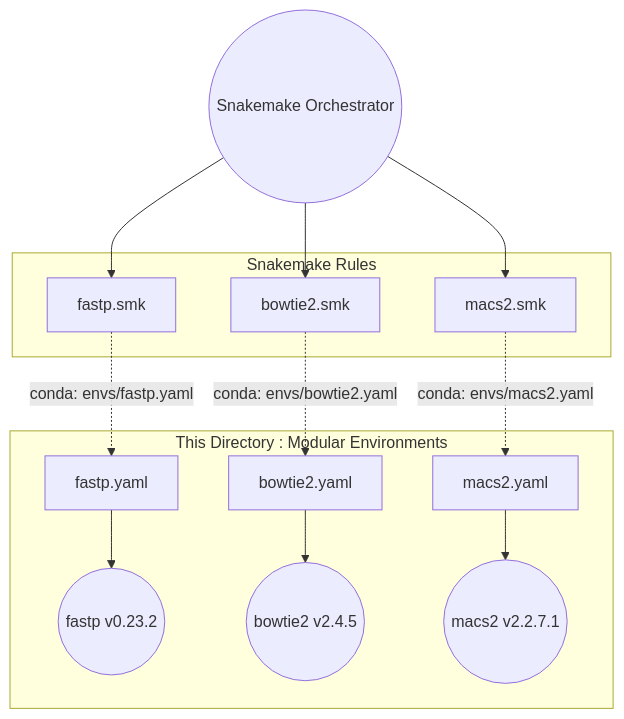
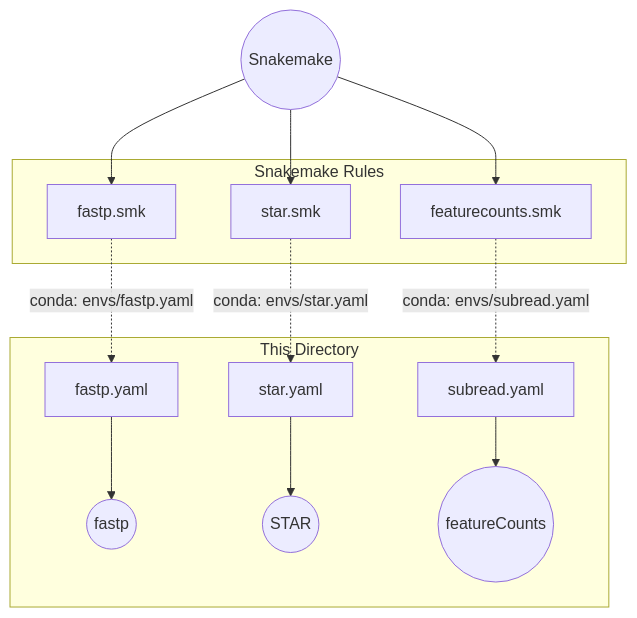
The diagram in rules/envs/README.md (BDB-Genomics/bdb-rnaseq), drawn with Mermaid before and after one commit. The commit also changed other lines of this file and 7 other files, not shown here.

````diff
--- a/rules/envs/README.md
+++ b/rules/envs/README.md
@@ -9,18 +9,18 @@
 ```mermaid
 graph TD
-    subgraph rules/envs/ [This Directory : Modular Environments]
-        A[fastp.yaml] --> B((fastp v0.23.2))
-        C[bowtie2.yaml] --> D((bowtie2 v2.4.5))
-        E[macs2.yaml] --> F((macs2 v2.2.7.1))
+    subgraph rules/envs/ [This Directory]
+        A[fastp.yaml] --> B((fastp))
+        C[star.yaml] --> D((STAR))
+        E[subread.yaml] --> F((featureCounts))
     end
     
     subgraph rules/ [Snakemake Rules]
         G[fastp.smk] -.->|conda: envs/fastp.yaml| A
-        H[bowtie2.smk] -.->|conda: envs/bowtie2.yaml| C
-        I[macs2.smk] -.->|conda: envs/macs2.yaml| E
+        H[star.smk] -.->|conda: envs/star.yaml| C
+        I[featurecounts.smk] -.->|conda: envs/subread.yaml| E
     end
     
-    J((Snakemake Orchestrator)) --> G
+    J((Snakemake)) --> G
     J --> H
     J --> I
 ```
````
